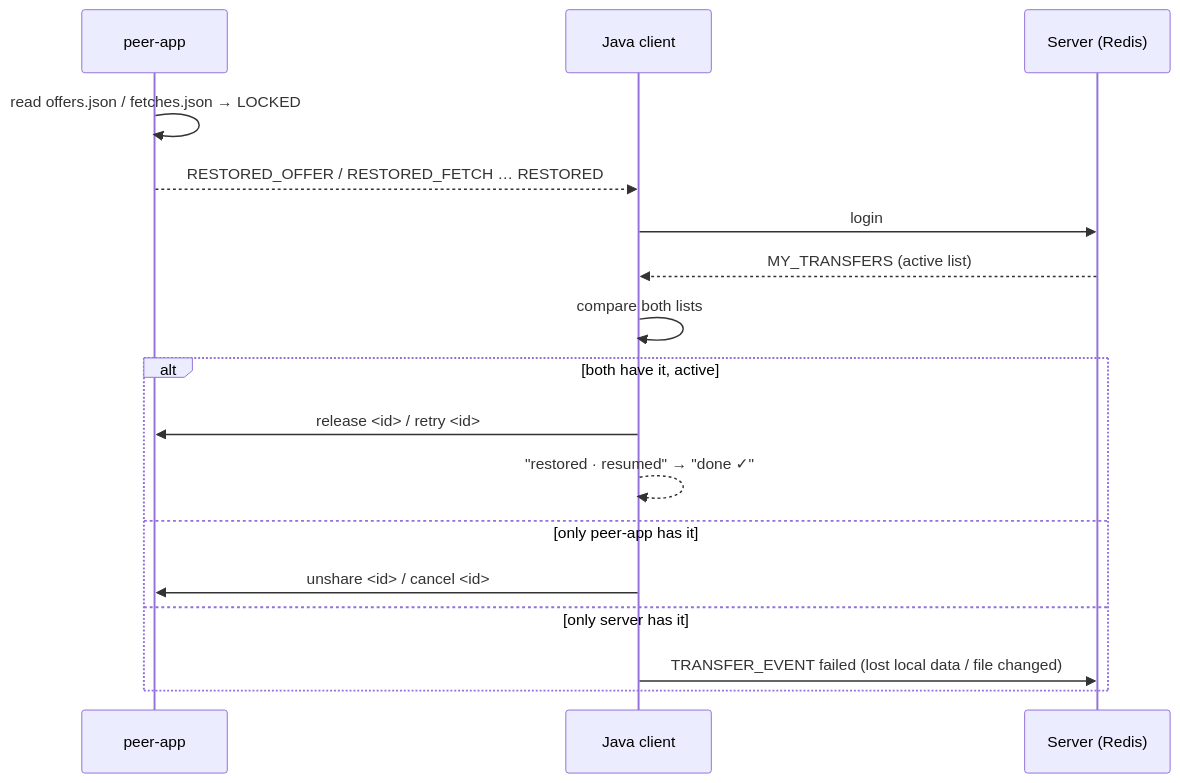
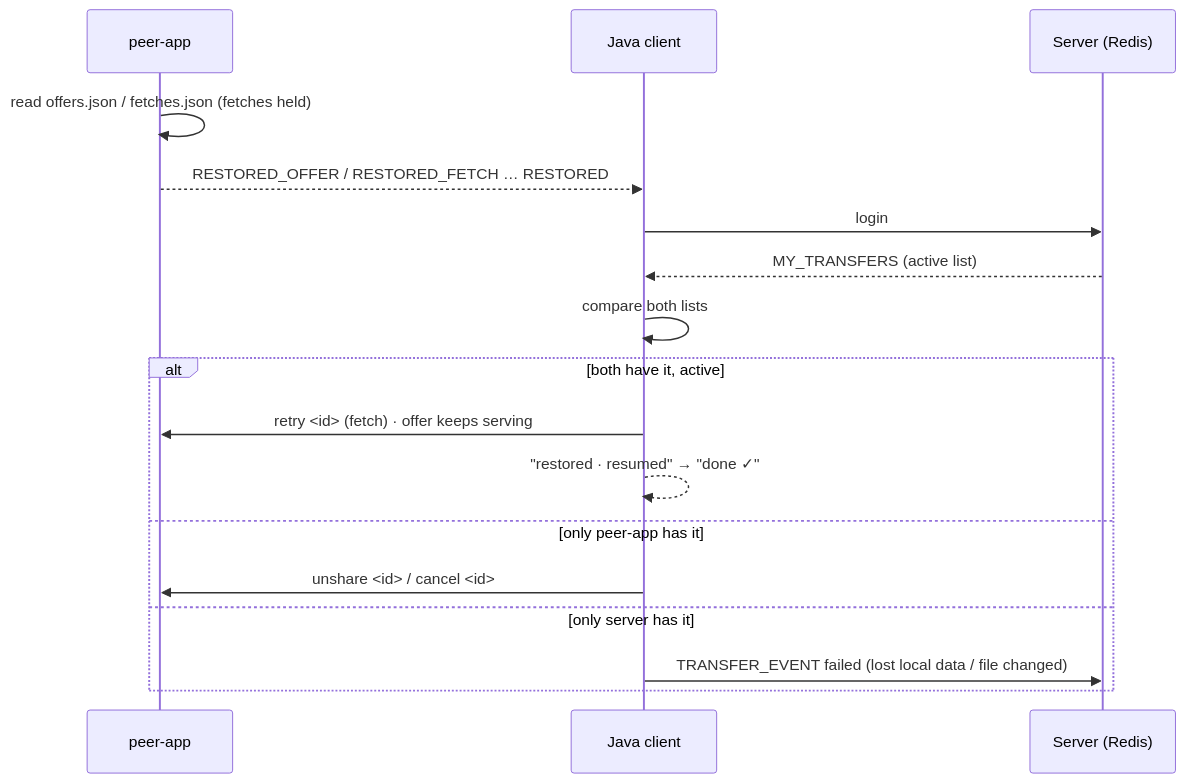
Before and after one commit to shobhit157/Aperture: the diagram in docs/fixes/PhaseB3c-restart-sync-paln.md, drawn with Mermaid. The commit also changed other lines of this file, not shown here.

````diff
--- a/docs/fixes/PhaseB3c-restart-sync-paln.md
+++ b/docs/fixes/PhaseB3c-restart-sync-paln.md
@@ -58,19 +69,19 @@
 ```mermaid
 sequenceDiagram
   participant P as peer-app
   participant J as Java client
   participant S as Server (Redis)
-  P->>P: read offers.json / fetches.json → LOCKED
+  P->>P: read offers.json / fetches.json (fetches held)
   P-->>J: RESTORED_OFFER / RESTORED_FETCH … RESTORED
   J->>S: login
   S-->>J: MY_TRANSFERS (active list)
   J->>J: compare both lists
   alt both have it, active
-    J->>P: release <id> / retry <id>
+    J->>P: retry <id> (fetch) · offer keeps serving
     J-->>J: "restored · resumed" → "done ✓"
   else only peer-app has it
     J->>P: unshare <id> / cancel <id>
   else only server has it
     J->>S: TRANSFER_EVENT failed (lost local data / file changed)
   end
 ```
````
